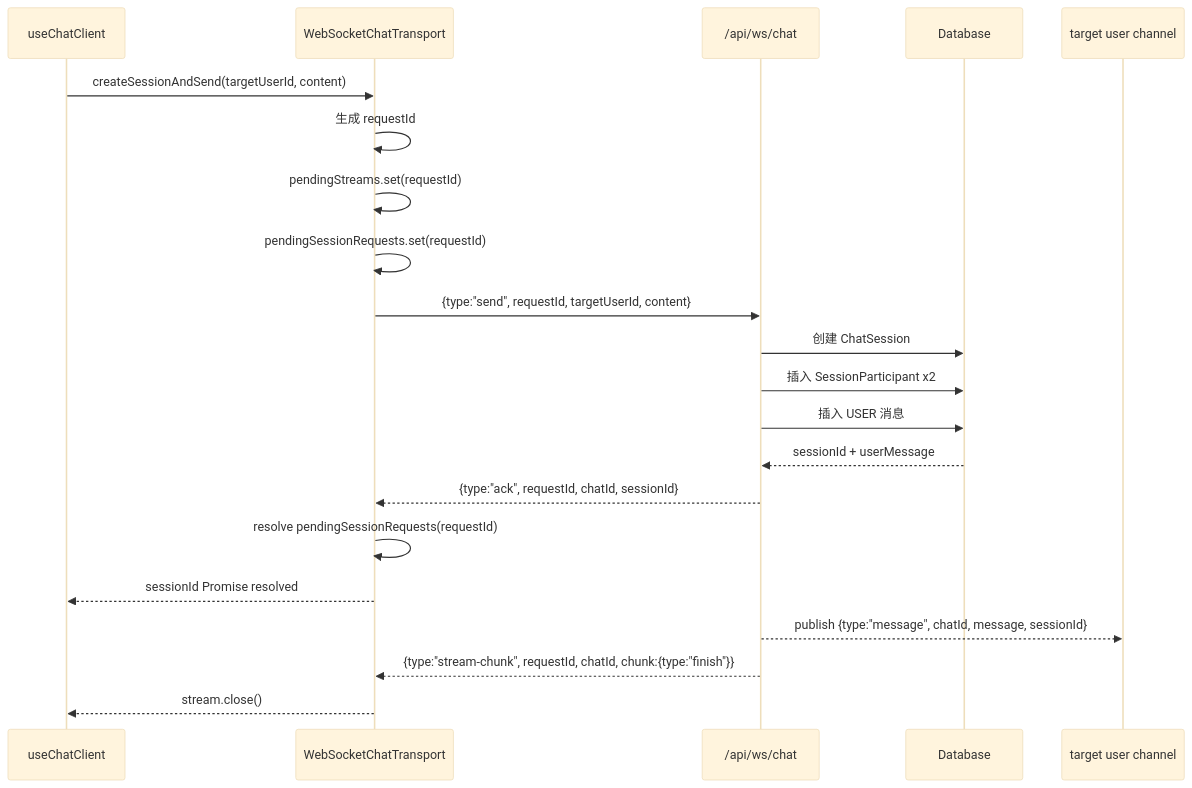
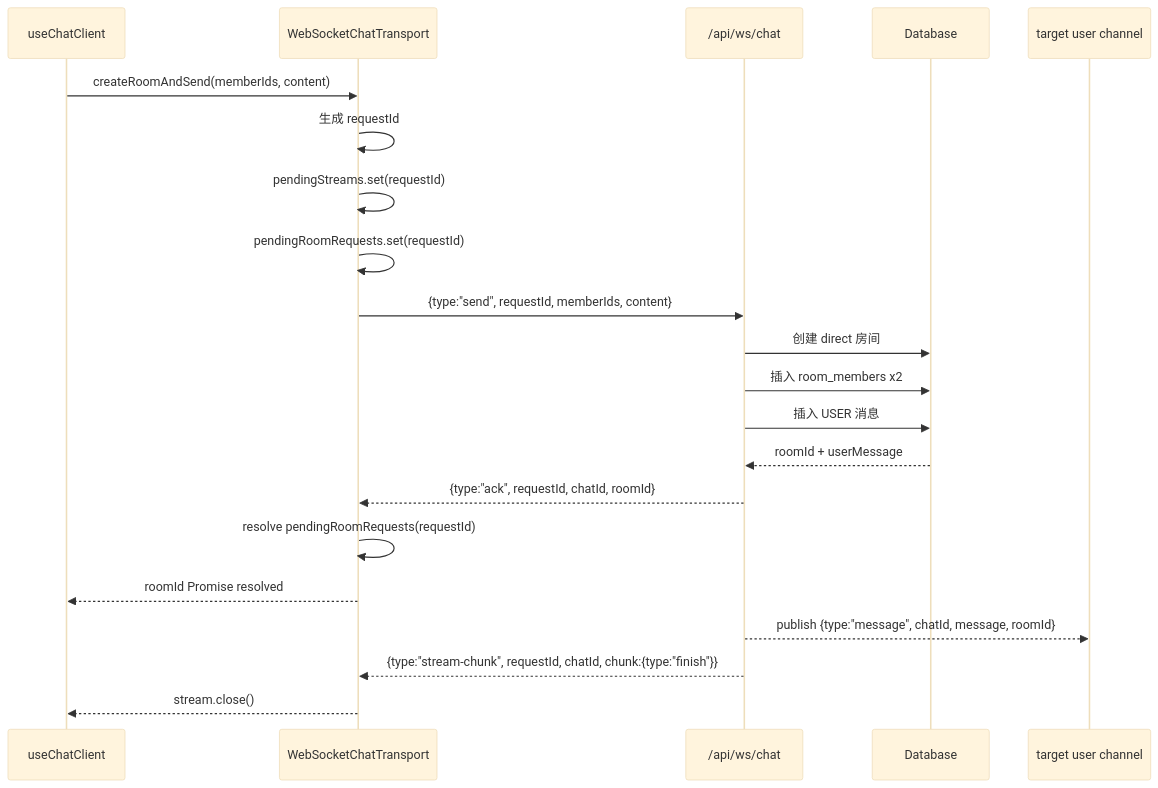
Before and after one commit to joseplin0/clawme: the third of 4 diagrams in docs/content/WEBSOCKET_CHAT.md, drawn with Mermaid (base theme). The commit also changed other lines of this file and 34 other files, not shown here.

First line of the commit message:
feat: unify room creation flow

````diff
--- a/docs/content/WEBSOCKET_CHAT.md
+++ b/docs/content/WEBSOCKET_CHAT.md
@@ -195,27 +197,27 @@
 ```mermaid
 sequenceDiagram
     participant UI as useChatClient
     participant T as WebSocketChatTransport
     participant WS as /api/ws/chat
     participant DB as Database
     participant Target as target user channel
 
-    UI->>T: createSessionAndSend(targetUserId, content)
+    UI->>T: createRoomAndSend(memberIds, content)
     T->>T: 生成 requestId
     T->>T: pendingStreams.set(requestId)
-    T->>T: pendingSessionRequests.set(requestId)
-    T->>WS: {type:"send", requestId, targetUserId, content}
+    T->>T: pendingRoomRequests.set(requestId)
+    T->>WS: {type:"send", requestId, memberIds, content}
 
-    WS->>DB: 创建 ChatSession
-    WS->>DB: 插入 SessionParticipant x2
+    WS->>DB: 创建 direct 房间
+    WS->>DB: 插入 room_members x2
     WS->>DB: 插入 USER 消息
-    DB-->>WS: sessionId + userMessage
+    DB-->>WS: roomId + userMessage
 
-    WS-->>T: {type:"ack", requestId, chatId, sessionId}
-    T->>T: resolve pendingSessionRequests(requestId)
-    T-->>UI: sessionId Promise resolved
+    WS-->>T: {type:"ack", requestId, chatId, roomId}
+    T->>T: resolve pendingRoomRequests(requestId)
+    T-->>UI: roomId Promise resolved
 
-    WS-->>Target: publish {type:"message", chatId, message, sessionId}
+    WS-->>Target: publish {type:"message", chatId, message, roomId}
     WS-->>T: {type:"stream-chunk", requestId, chatId, chunk:{type:"finish"}}
     T-->>UI: stream.close()
 ```
````
